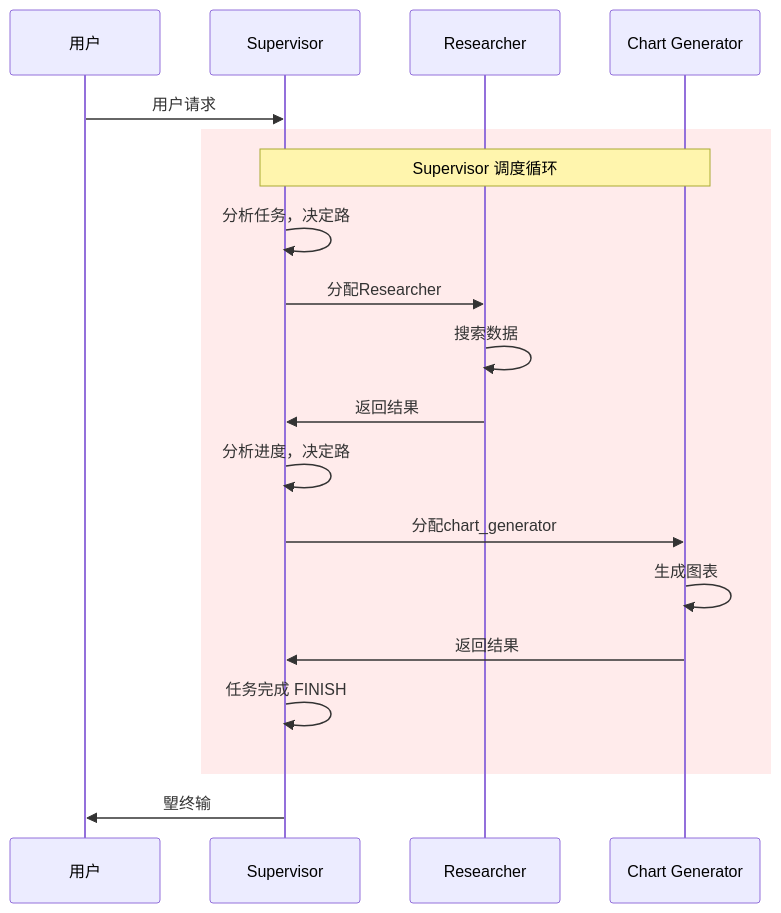
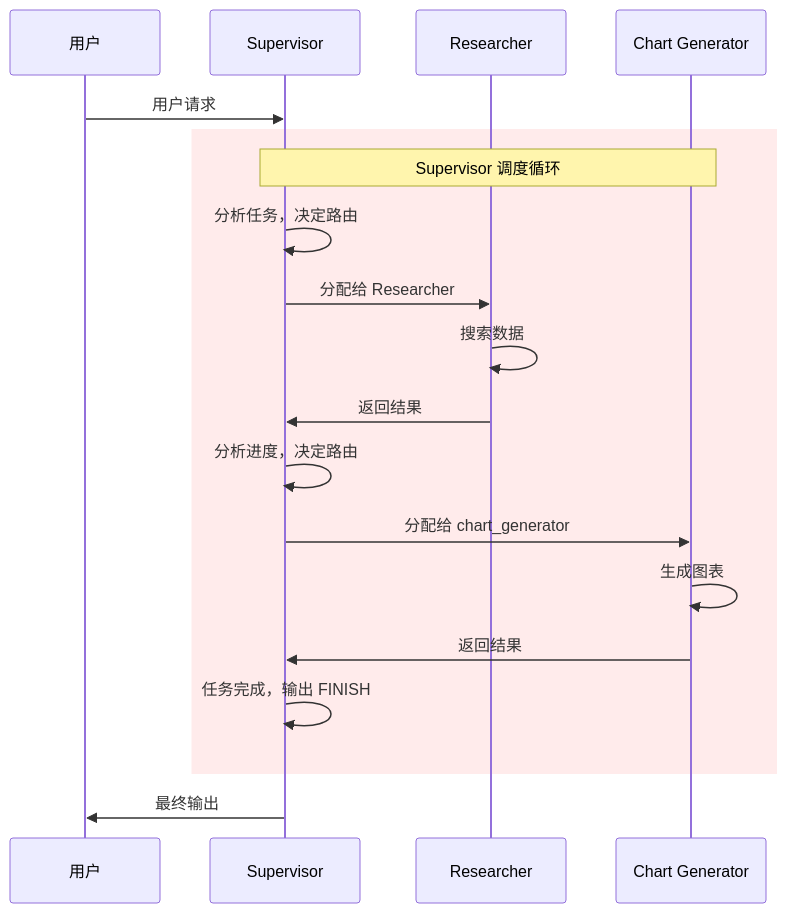
The eighth of 11 diagrams in 02-开发框架与平台/LangGraph/04-多Agent协作.md (shuh-ai/agent-dev-guide), drawn with Mermaid before and after one commit. The commit also changed other lines of this file and 9 other files, not shown here.

Commit message:
fix：细化核心图表及相关描述，提升逻辑清晰度

````diff
--- a/02-开发框架与平台/LangGraph/04-多Agent协作.md
+++ b/02-开发框架与平台/LangGraph/04-多Agent协作.md
@@ -621,26 +621,26 @@
 ```mermaid
 sequenceDiagram
     participant U as 用户
     participant Sup as Supervisor
     participant R as Researcher
     participant C as Chart Generator
 
     U->>Sup: 用户请求
 
     rect rgb(255, 235, 235)
     Note over Sup,C: Supervisor 调度循环
-    Sup->>Sup: 分析任务，决定路
-    Sup->>R: 分配Researcher
+    Sup->>Sup: 分析任务，决定路由
+    Sup->>R: 分配给 Researcher
     R->>R: 搜索数据
     R->>Sup: 返回结果
 
-    Sup->>Sup: 分析进度，决定路
-    Sup->>C: 分配chart_generator
+    Sup->>Sup: 分析进度，决定路由
+    Sup->>C: 分配给 chart_generator
     C->>C: 生成图表
     C->>Sup: 返回结果
 
-    Sup->>Sup: 任务完成 FINISH
+    Sup->>Sup: 任务完成，输出 FINISH
     end
 
-    Sup->>U: 朢终输
+    Sup->>U: 最终输出
 ```
````
